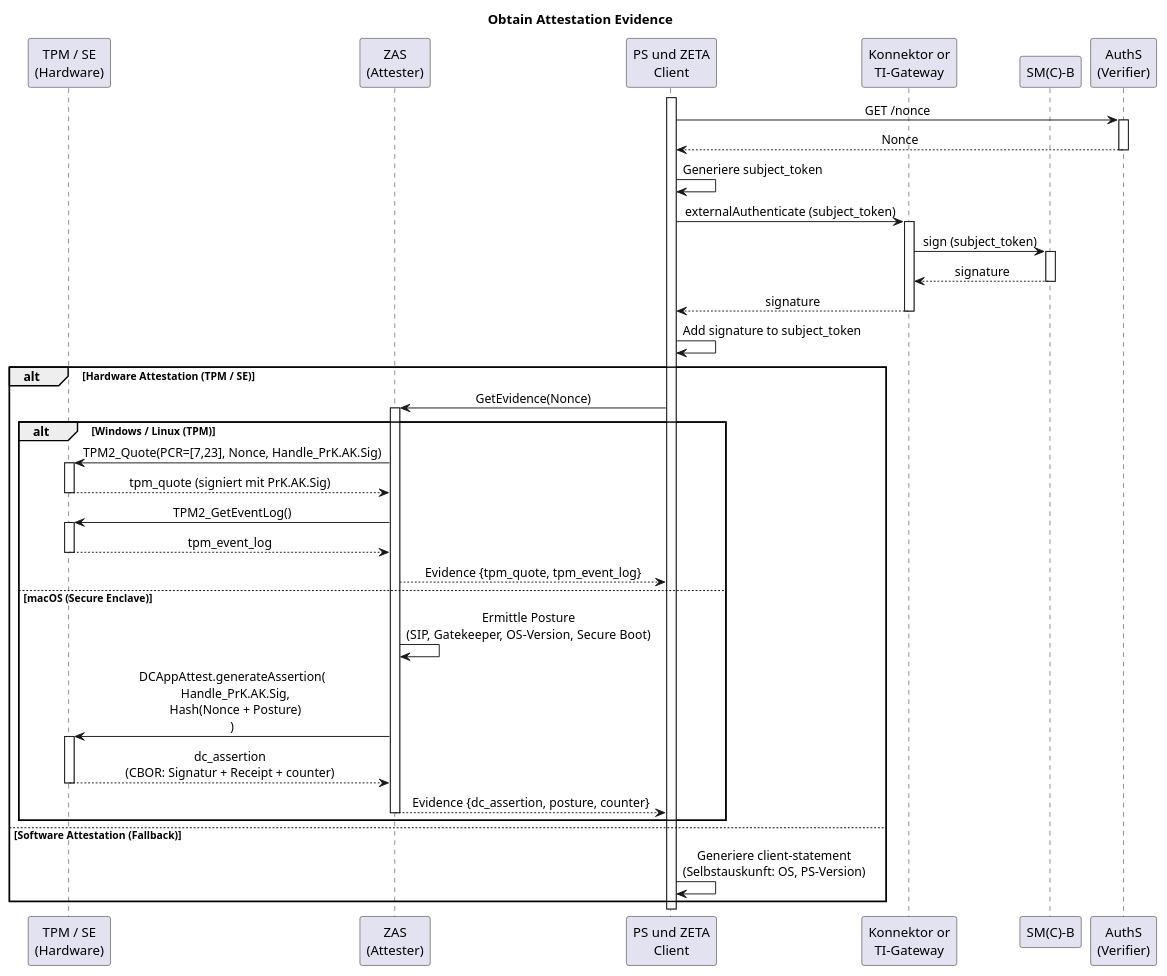
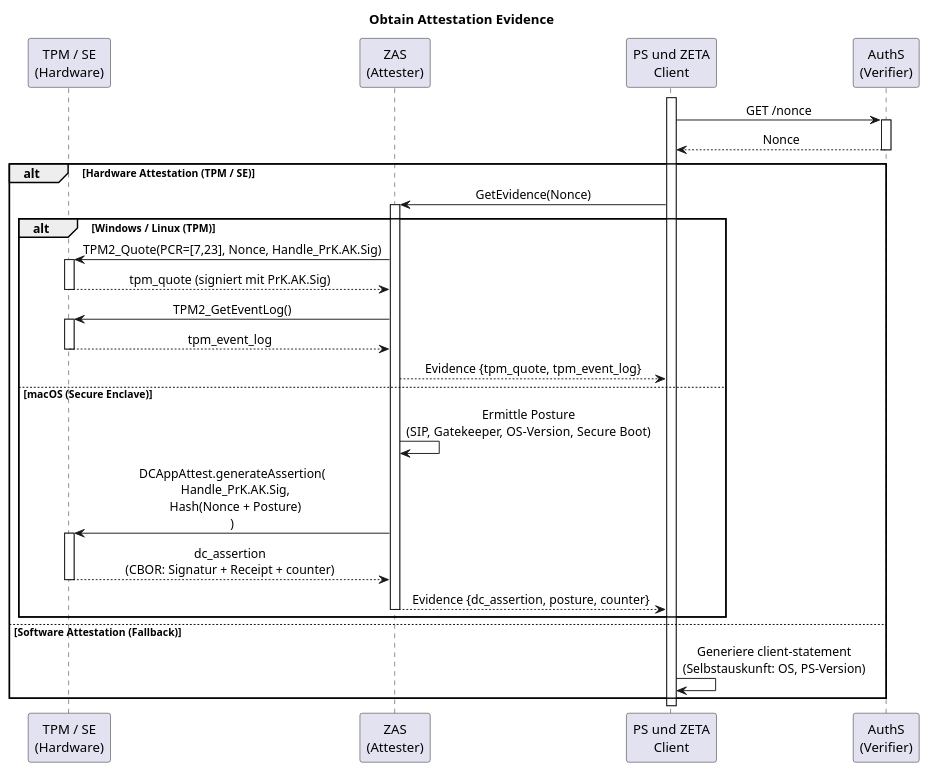
Before and after one commit to gematik/zeta: the diagram in src/plantuml/tmp/attestation-flows/obtain-attestation-evidence.puml, drawn with PlantUML. The commit also changed 3 other files, not shown here.

Commit message:
refactor: update attestation flow PlantUML diagrams to clarify token exchange and hardware TPM processes

```diff
--- a/src/plantuml/tmp/attestation-flows/obtain-attestation-evidence.puml
+++ b/src/plantuml/tmp/attestation-flows/obtain-attestation-evidence.puml
@@ -1,41 +1,32 @@
 @startuml "obtain-attestation-evidence"
 skinparam sequenceMessageAlign center
 title Obtain Attestation Evidence
 
 participant "TPM / SE\n(Hardware)" as TPM
 participant "ZAS\n(Attester)" as ZAS
 participant "PS und ZETA\nClient" as Client
-participant Konnektor as "Konnektor or\nTI-Gateway"
-participant SMB as "SM(C)-B"
 participant "AuthS\n(Verifier)" as AuthS
 
 Client++
 Client -> AuthS ++ : GET /nonce
 AuthS --> Client -- : Nonce
-
-Client -> Client: Generiere subject_token
-Client -> Konnektor ++ : externalAuthenticate (subject_token)
-Konnektor -> SMB ++ : sign (subject_token)
-SMB --> Konnektor -- : signature
-Konnektor --> Client -- : signature
-Client -> Client : Add signature to subject_token
 
 alt Hardware Attestation (TPM / SE)
     Client -> ZAS++ : GetEvidence(Nonce)
     alt Windows / Linux (TPM)
         ZAS -> TPM++ : TPM2_Quote(PCR=[7,23], Nonce, Handle_PrK.AK.Sig)
         TPM --> ZAS -- : tpm_quote (signiert mit PrK.AK.Sig)
         ZAS -> TPM++ : TPM2_GetEventLog()
         TPM --> ZAS -- : tpm_event_log
         ZAS --> Client : Evidence {tpm_quote, tpm_event_log}
     else macOS (Secure Enclave)
         ZAS -> ZAS: Ermittle Posture\n(SIP, Gatekeeper, OS-Version, Secure Boot)
         ZAS -> TPM++ : DCAppAttest.generateAssertion(\n  Handle_PrK.AK.Sig,\n  Hash(Nonce + Posture)\n)
         TPM --> ZAS-- : dc_assertion\n(CBOR: Signatur + Receipt + counter)
         ZAS --> Client-- : Evidence {dc_assertion, posture, counter}
     end
 else Software Attestation (Fallback)
     Client -> Client: Generiere client-statement\n(Selbstauskunft: OS, PS-Version)
 end
 
 @enduml
```
